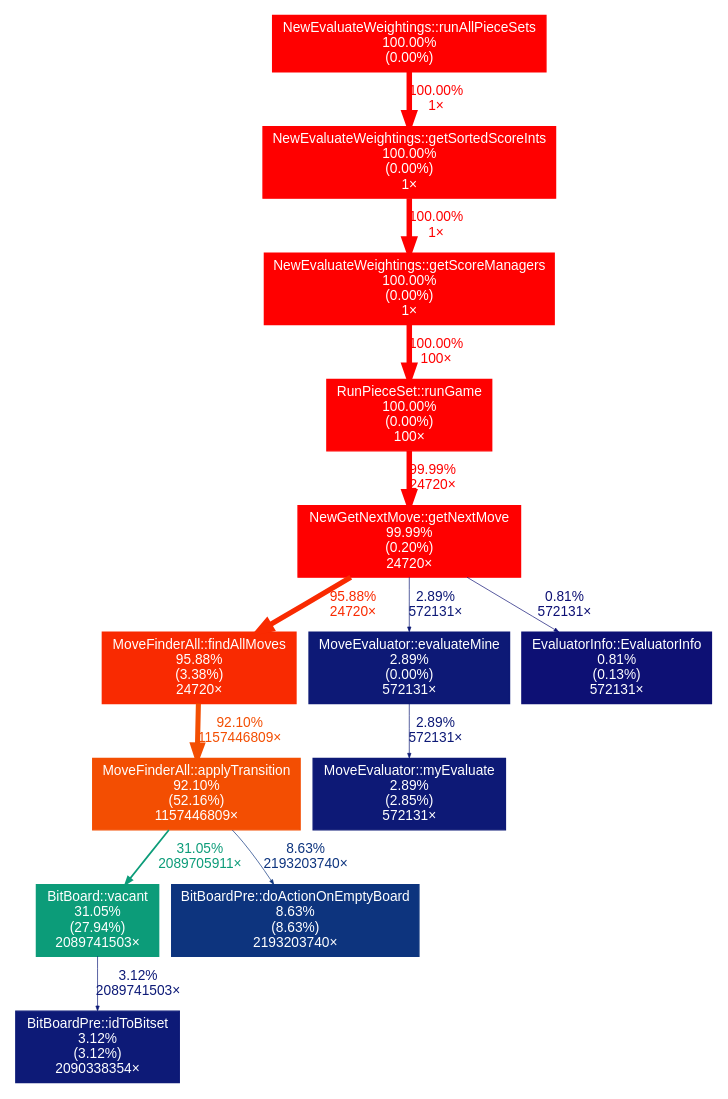
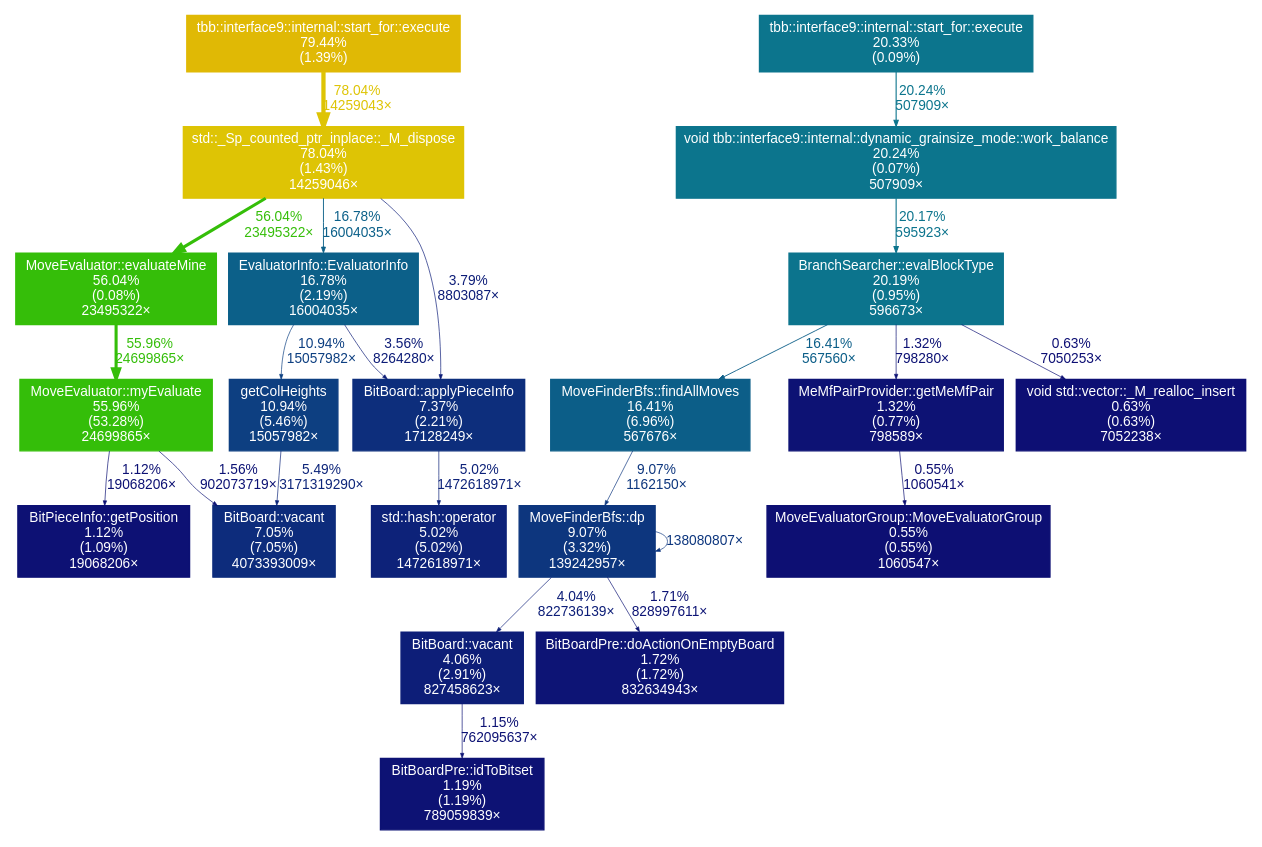
One commit to domsleee/tetrisai changed the diagram in cpp/scripts/hi.dot. Above: the diagram before and after it, drawn with Graphviz. The commit also changed 57 other files, not shown here.

```diff
--- a/cpp/scripts/hi.dot
+++ b/cpp/scripts/hi.dot
@@ -1,30 +1,48 @@
 digraph {
 	graph [fontname=Arial, nodesep=0.125, ranksep=0.25];
 	node [fontcolor=white, fontname=Arial, height=0, shape=box, style=filled, width=0];
 	edge [fontname=Arial];
-	1 [color="#ff0000", fontcolor="#ffffff", fontsize="10.00", label="NewEvaluateWeightings::getScoreManagers\n100.00%\n(0.00%)\n1×"];
-	1 -> 4 [arrowsize="1.00", color="#ff0000", fontcolor="#ff0000", fontsize="10.00", label="100.00%\n100×", labeldistance="4.00", penwidth="4.00"];
-	2 [color="#ff0000", fontcolor="#ffffff", fontsize="10.00", label="NewEvaluateWeightings::getSortedScoreInts\n100.00%\n(0.00%)\n1×"];
-	2 -> 1 [arrowsize="1.00", color="#ff0000", fontcolor="#ff0000", fontsize="10.00", label="100.00%\n1×", labeldistance="4.00", penwidth="4.00"];
-	3 [color="#ff0000", fontcolor="#ffffff", fontsize="10.00", label="NewEvaluateWeightings::runAllPieceSets\n100.00%\n(0.00%)"];
-	3 -> 2 [arrowsize="1.00", color="#ff0000", fontcolor="#ff0000", fontsize="10.00", label="100.00%\n1×", labeldistance="4.00", penwidth="4.00"];
-	4 [color="#ff0000", fontcolor="#ffffff", fontsize="10.00", label="RunPieceSet::runGame\n100.00%\n(0.00%)\n100×"];
-	4 -> 5 [arrowsize="1.00", color="#ff0000", fontcolor="#ff0000", fontsize="10.00", label="99.99%\n24720×", labeldistance="4.00", penwidth="4.00"];
-	5 [color="#ff0000", fontcolor="#ffffff", fontsize="10.00", label="NewGetNextMove::getNextMove\n99.99%\n(0.20%)\n24720×"];
-	5 -> 6 [arrowsize="0.98", color="#f92a01", fontcolor="#f92a01", fontsize="10.00", label="95.88%\n24720×", labeldistance="3.84", penwidth="3.84"];
-	5 -> 12 [arrowsize="0.35", color="#0d1976", fontcolor="#0d1976", fontsize="10.00", label="2.89%\n572131×", labeldistance="0.50", penwidth="0.50"];
-	5 -> 13 [arrowsize="0.35", color="#0d1074", fontcolor="#0d1074", fontsize="10.00", label="0.81%\n572131×", labeldistance="0.50", penwidth="0.50"];
-	6 [color="#f92a01", fontcolor="#ffffff", fontsize="10.00", label="MoveFinderAll::findAllMoves\n95.88%\n(3.38%)\n24720×"];
-	6 -> 7 [arrowsize="0.96", color="#f34e02", fontcolor="#f34e02", fontsize="10.00", label="92.10%\n1157446809×", labeldistance="3.68", penwidth="3.68"];
-	7 [color="#f34e02", fontcolor="#ffffff", fontsize="10.00", label="MoveFinderAll::applyTransition\n92.10%\n(52.16%)\n1157446809×"];
-	7 -> 8 [arrowsize="0.56", color="#0c9c79", fontcolor="#0c9c79", fontsize="10.00", label="31.05%\n2089705911×", labeldistance="1.24", penwidth="1.24"];
-	7 -> 9 [arrowsize="0.35", color="#0d347e", fontcolor="#0d347e", fontsize="10.00", label="8.63%\n2193203740×", labeldistance="0.50", penwidth="0.50"];
-	8 [color="#0c9c79", fontcolor="#ffffff", fontsize="10.00", label="BitBoard::vacant\n31.05%\n(27.94%)\n2089741503×"];
-	8 -> 10 [arrowsize="0.35", color="#0d1a77", fontcolor="#0d1a77", fontsize="10.00", label="3.12%\n2089741503×", labeldistance="0.50", penwidth="0.50"];
-	9 [color="#0d347e", fontcolor="#ffffff", fontsize="10.00", label="BitBoardPre::doActionOnEmptyBoard\n8.63%\n(8.63%)\n2193203740×"];
-	10 [color="#0d1a77", fontcolor="#ffffff", fontsize="10.00", label="BitBoardPre::idToBitset\n3.12%\n(3.12%)\n2090338354×"];
-	11 [color="#0d1976", fontcolor="#ffffff", fontsize="10.00", label="MoveEvaluator::myEvaluate\n2.89%\n(2.85%)\n572131×"];
-	12 [color="#0d1976", fontcolor="#ffffff", fontsize="10.00", label="MoveEvaluator::evaluateMine\n2.89%\n(0.00%)\n572131×"];
-	12 -> 11 [arrowsize="0.35", color="#0d1976", fontcolor="#0d1976", fontsize="10.00", label="2.89%\n572131×", labeldistance="0.50", penwidth="0.50"];
-	13 [color="#0d1074", fontcolor="#ffffff", fontsize="10.00", label="EvaluatorInfo::EvaluatorInfo\n0.81%\n(0.13%)\n572131×"];
+	1 [color="#e0b905", fontcolor="#ffffff", fontsize="10.00", label="tbb::interface9::internal::start_for::execute\n79.44%\n(1.39%)"];
+	1 -> 2 [arrowsize="0.88", color="#dec405", fontcolor="#dec405", fontsize="10.00", label="78.04%\n14259043×", labeldistance="3.12", penwidth="3.12"];
+	2 [color="#dec405", fontcolor="#ffffff", fontsize="10.00", label="std::_Sp_counted_ptr_inplace::_M_dispose\n78.04%\n(1.43%)\n14259046×"];
+	2 -> 3 [arrowsize="0.75", color="#35be09", fontcolor="#35be09", fontsize="10.00", label="56.04%\n23495322×", labeldistance="2.24", penwidth="2.24"];
+	2 -> 8 [arrowsize="0.41", color="#0c6089", fontcolor="#0c6089", fontsize="10.00", label="16.78%\n16004035×", labeldistance="0.67", penwidth="0.67"];
+	2 -> 12 [arrowsize="0.35", color="#0d1d78", fontcolor="#0d1d78", fontsize="10.00", label="3.79%\n8803087×", labeldistance="0.50", penwidth="0.50"];
+	3 [color="#35be09", fontcolor="#ffffff", fontsize="10.00", label="MoveEvaluator::evaluateMine\n56.04%\n(0.08%)\n23495322×"];
+	3 -> 4 [arrowsize="0.75", color="#34be09", fontcolor="#34be09", fontsize="10.00", label="55.96%\n24699865×", labeldistance="2.24", penwidth="2.24"];
+	4 [color="#34be09", fontcolor="#ffffff", fontsize="10.00", label="MoveEvaluator::myEvaluate\n55.96%\n(53.28%)\n24699865×"];
+	4 -> 13 [arrowsize="0.35", color="#0d1375", fontcolor="#0d1375", fontsize="10.00", label="1.56%\n902073719×", labeldistance="0.50", penwidth="0.50"];
+	4 -> 19 [arrowsize="0.35", color="#0d1174", fontcolor="#0d1174", fontsize="10.00", label="1.12%\n19068206×", labeldistance="0.50", penwidth="0.50"];
+	5 [color="#0c758d", fontcolor="#ffffff", fontsize="10.00", label="tbb::interface9::internal::start_for::execute\n20.33%\n(0.09%)"];
+	5 -> 6 [arrowsize="0.45", color="#0c758d", fontcolor="#0c758d", fontsize="10.00", label="20.24%\n507909×", labeldistance="0.81", penwidth="0.81"];
+	6 [color="#0c758d", fontcolor="#ffffff", fontsize="10.00", label="void tbb::interface9::internal::dynamic_grainsize_mode::work_balance\n20.24%\n(0.07%)\n507909×"];
+	6 -> 7 [arrowsize="0.45", color="#0c748d", fontcolor="#0c748d", fontsize="10.00", label="20.17%\n595923×", labeldistance="0.81", penwidth="0.81"];
+	7 [color="#0c748d", fontcolor="#ffffff", fontsize="10.00", label="BranchSearcher::evalBlockType\n20.19%\n(0.95%)\n596673×"];
+	7 -> 9 [arrowsize="0.41", color="#0c5e88", fontcolor="#0c5e88", fontsize="10.00", label="16.41%\n567560×", labeldistance="0.66", penwidth="0.66"];
+	7 -> 17 [arrowsize="0.35", color="#0d1274", fontcolor="#0d1274", fontsize="10.00", label="1.32%\n798280×", labeldistance="0.50", penwidth="0.50"];
+	7 -> 20 [arrowsize="0.35", color="#0d0f74", fontcolor="#0d0f74", fontsize="10.00", label="0.63%\n7050253×", labeldistance="0.50", penwidth="0.50"];
+	8 [color="#0c6089", fontcolor="#ffffff", fontsize="10.00", label="EvaluatorInfo::EvaluatorInfo\n16.78%\n(2.19%)\n16004035×"];
+	8 -> 10 [arrowsize="0.35", color="#0d3f81", fontcolor="#0d3f81", fontsize="10.00", label="10.94%\n15057982×", labeldistance="0.50", penwidth="0.50"];
+	8 -> 12 [arrowsize="0.35", color="#0d1c77", fontcolor="#0d1c77", fontsize="10.00", label="3.56%\n8264280×", labeldistance="0.50", penwidth="0.50"];
+	9 [color="#0c5e88", fontcolor="#ffffff", fontsize="10.00", label="MoveFinderBfs::findAllMoves\n16.41%\n(6.96%)\n567676×"];
+	9 -> 11 [arrowsize="0.35", color="#0d367e", fontcolor="#0d367e", fontsize="10.00", label="9.07%\n1162150×", labeldistance="0.50", penwidth="0.50"];
+	10 [color="#0d3f81", fontcolor="#ffffff", fontsize="10.00", label="getColHeights\n10.94%\n(5.46%)\n15057982×"];
+	10 -> 13 [arrowsize="0.35", color="#0d257a", fontcolor="#0d257a", fontsize="10.00", label="5.49%\n3171319290×", labeldistance="0.50", penwidth="0.50"];
+	11 [color="#0d367e", fontcolor="#ffffff", fontsize="10.00", label="MoveFinderBfs::dp\n9.07%\n(3.32%)\n139242957×"];
+	11 -> 11 [arrowsize="0.35", color="#0d367e", fontcolor="#0d367e", fontsize="10.00", label="138080807×", labeldistance="0.50", penwidth="0.50"];
+	11 -> 15 [arrowsize="0.35", color="#0d1e78", fontcolor="#0d1e78", fontsize="10.00", label="4.04%\n822736139×", labeldistance="0.50", penwidth="0.50"];
+	11 -> 16 [arrowsize="0.35", color="#0d1475", fontcolor="#0d1475", fontsize="10.00", label="1.71%\n828997611×", labeldistance="0.50", penwidth="0.50"];
+	12 [color="#0d2e7c", fontcolor="#ffffff", fontsize="10.00", label="BitBoard::applyPieceInfo\n7.37%\n(2.21%)\n17128249×"];
+	12 -> 14 [arrowsize="0.35", color="#0d2279", fontcolor="#0d2279", fontsize="10.00", label="5.02%\n1472618971×", labeldistance="0.50", penwidth="0.50"];
+	13 [color="#0d2c7c", fontcolor="#ffffff", fontsize="10.00", label="BitBoard::vacant\n7.05%\n(7.05%)\n4073393009×"];
+	14 [color="#0d2279", fontcolor="#ffffff", fontsize="10.00", label="std::hash::operator\n5.02%\n(5.02%)\n1472618971×"];
+	15 [color="#0d1e78", fontcolor="#ffffff", fontsize="10.00", label="BitBoard::vacant\n4.06%\n(2.91%)\n827458623×"];
+	15 -> 18 [arrowsize="0.35", color="#0d1274", fontcolor="#0d1274", fontsize="10.00", label="1.15%\n762095637×", labeldistance="0.50", penwidth="0.50"];
+	16 [color="#0d1475", fontcolor="#ffffff", fontsize="10.00", label="BitBoardPre::doActionOnEmptyBoard\n1.72%\n(1.72%)\n832634943×"];
+	17 [color="#0d1274", fontcolor="#ffffff", fontsize="10.00", label="MeMfPairProvider::getMeMfPair\n1.32%\n(0.77%)\n798589×"];
+	17 -> 21 [arrowsize="0.35", color="#0d0f73", fontcolor="#0d0f73", fontsize="10.00", label="0.55%\n1060541×", labeldistance="0.50", penwidth="0.50"];
+	18 [color="#0d1274", fontcolor="#ffffff", fontsize="10.00", label="BitBoardPre::idToBitset\n1.19%\n(1.19%)\n789059839×"];
+	19 [color="#0d1174", fontcolor="#ffffff", fontsize="10.00", label="BitPieceInfo::getPosition\n1.12%\n(1.09%)\n19068206×"];
+	20 [color="#0d0f74", fontcolor="#ffffff", fontsize="10.00", label="void std::vector::_M_realloc_insert\n0.63%\n(0.63%)\n7052238×"];
+	21 [color="#0d0f73", fontcolor="#ffffff", fontsize="10.00", label="MoveEvaluatorGroup::MoveEvaluatorGroup\n0.55%\n(0.55%)\n1060547×"];
 }
```
